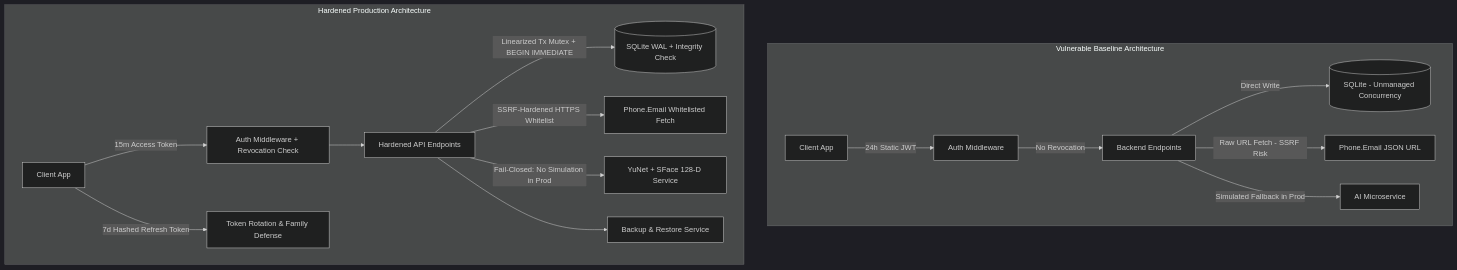
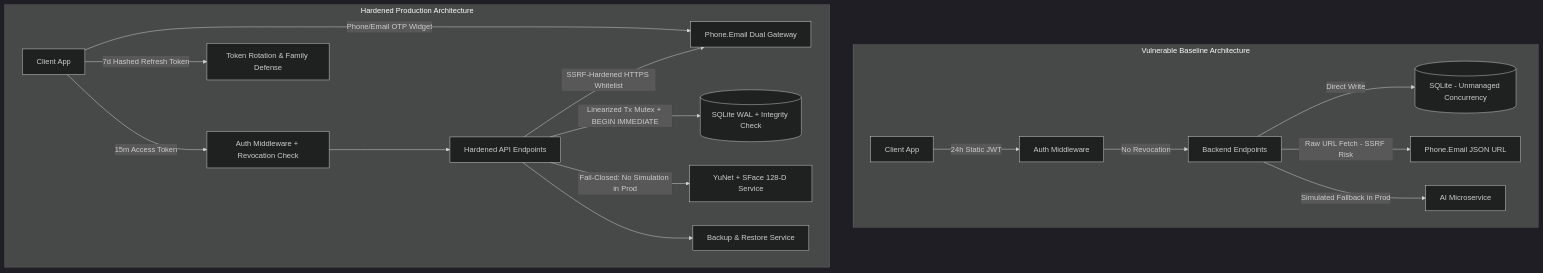
The diagram in hostelguard_system_master_report.md (codewithgyan467/Attendence_system), drawn with Mermaid (dark theme) before and after one commit. The commit also changed other lines of this file, not shown here.

Commit message:
docs: update production release master report with Phone.Email dual verification and test audit

````diff
--- a/hostelguard_system_master_report.md
+++ b/hostelguard_system_master_report.md
@@ -61,20 +38,21 @@
 ```mermaid
 graph TD
   subgraph BEFORE [Vulnerable Baseline Architecture]
     B_Client[Client App] -->|24h Static JWT| B_Auth[Auth Middleware]
     B_Auth -->|No Revocation| B_API[Backend Endpoints]
     B_API -->|Direct Write| B_DB[(SQLite - Unmanaged Concurrency)]
     B_API -->|Raw URL Fetch - SSRF Risk| B_Phone[Phone.Email JSON URL]
     B_API -->|Simulated Fallback in Prod| B_AI[AI Microservice]
   end
 
   subgraph AFTER [Hardened Production Architecture]
     A_Client[Client App] -->|15m Access Token| A_Auth[Auth Middleware + Revocation Check]
     A_Client -->|7d Hashed Refresh Token| A_Refresh[Token Rotation & Family Defense]
+    A_Client -->|Phone/Email OTP Widget| A_PhoneSafe[Phone.Email Dual Gateway]
     A_Auth --> A_API[Hardened API Endpoints]
     A_API -->|Linearized Tx Mutex + BEGIN IMMEDIATE| A_DB[(SQLite WAL + Integrity Check)]
-    A_API -->|SSRF-Hardened HTTPS Whitelist| A_PhoneSafe[Phone.Email Whitelisted Fetch]
+    A_API -->|SSRF-Hardened HTTPS Whitelist| A_PhoneSafe
     A_API -->|Fail-Closed: No Simulation in Prod| A_AISafe[YuNet + SFace 128-D Service]
     A_API --> A_Backup[Backup & Restore Service]
   end
 ```
````
